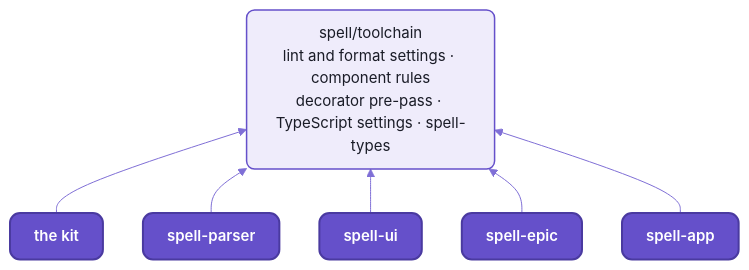
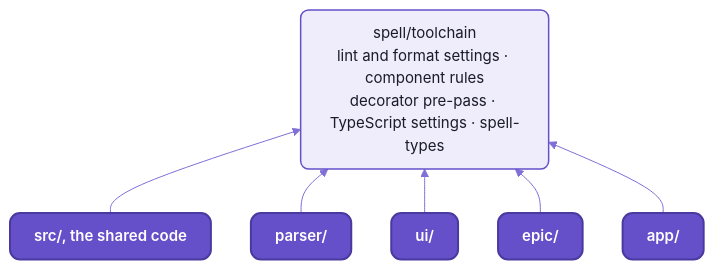
The first of 2 diagrams in README-toolchain.md (spell-app/spell), drawn with Mermaid before and after one commit. The commit also changed other lines of this file and 12 other files, not shown here.

Commit message:
repo-split T:  the kit's README for one repo -- one clone, one install, its folders, not child repos;  the repos picture redrawn;  the root's README-*.md pages too (development, toolchain, server, agents, cli, util);  the language commands' no-app message names no yarn clone

````diff
--- a/README-toolchain.md
+++ b/README-toolchain.md
@@ -53,14 +53,14 @@
 ```mermaid
 %%{init: {"theme":"base","themeVariables":{"fontFamily":"-apple-system, BlinkMacSystemFont, Segoe UI, Helvetica, Arial, sans-serif","fontSize":"15px","primaryColor":"#EFECFB","primaryBorderColor":"#6550CA","primaryTextColor":"#1A1C27","secondaryColor":"#F4F1E9","tertiaryColor":"#F7F6FC","lineColor":"#7F6FD6","textColor":"#7F6FD6","clusterBkg":"#F7F6FC","clusterBorder":"#B9B0E8","titleColor":"#1A1C27","edgeLabelBackground":"#F7F6FC","actorBkg":"#EFECFB","actorBorder":"#6550CA","actorTextColor":"#1A1C27","actorLineColor":"#9C90DE","signalColor":"#7F6FD6","signalTextColor":"#7F6FD6","labelBoxBkgColor":"#EFECFB","labelBoxBorderColor":"#6550CA","labelTextColor":"#1A1C27","loopTextColor":"#7F6FD6","noteBkgColor":"#F1E7D4","noteBorderColor":"#C9B48A","noteTextColor":"#1A1C27","activationBkgColor":"#DCD6F7","activationBorderColor":"#6550CA","sequenceNumberColor":"#FFFFFF"},"flowchart":{"curve":"basis","padding":12,"nodeSpacing":40,"rankSpacing":44}}}%%
 flowchart BT
   toolchain["spell/toolchain<br/>lint and format settings · component rules<br/>decorator pre-pass · TypeScript settings · spell-types"]
-  kit["the kit"] --> toolchain
-  lang["spell-parser"] --> toolchain
-  ui["spell-ui"] --> toolchain
-  epic["spell-epic"] --> toolchain
-  app["spell-app"] --> toolchain
+  kit["src/, the shared code"] --> toolchain
+  lang["parser/"] --> toolchain
+  ui["ui/"] --> toolchain
+  epic["epic/"] --> toolchain
+  app["app/"] --> toolchain
   %% the Spell look:  yarn mermaid:pretty
   classDef default fill:#EFECFB,stroke:#6550CA,stroke-width:1.5px,color:#1A1C27,rx:8px,ry:8px
   classDef repo fill:#6550CA,stroke:#4A3AA0,stroke-width:2px,color:#FFFFFF,rx:10px,ry:10px,font-weight:600
   class kit,lang,ui,epic,app repo
 ```
````
